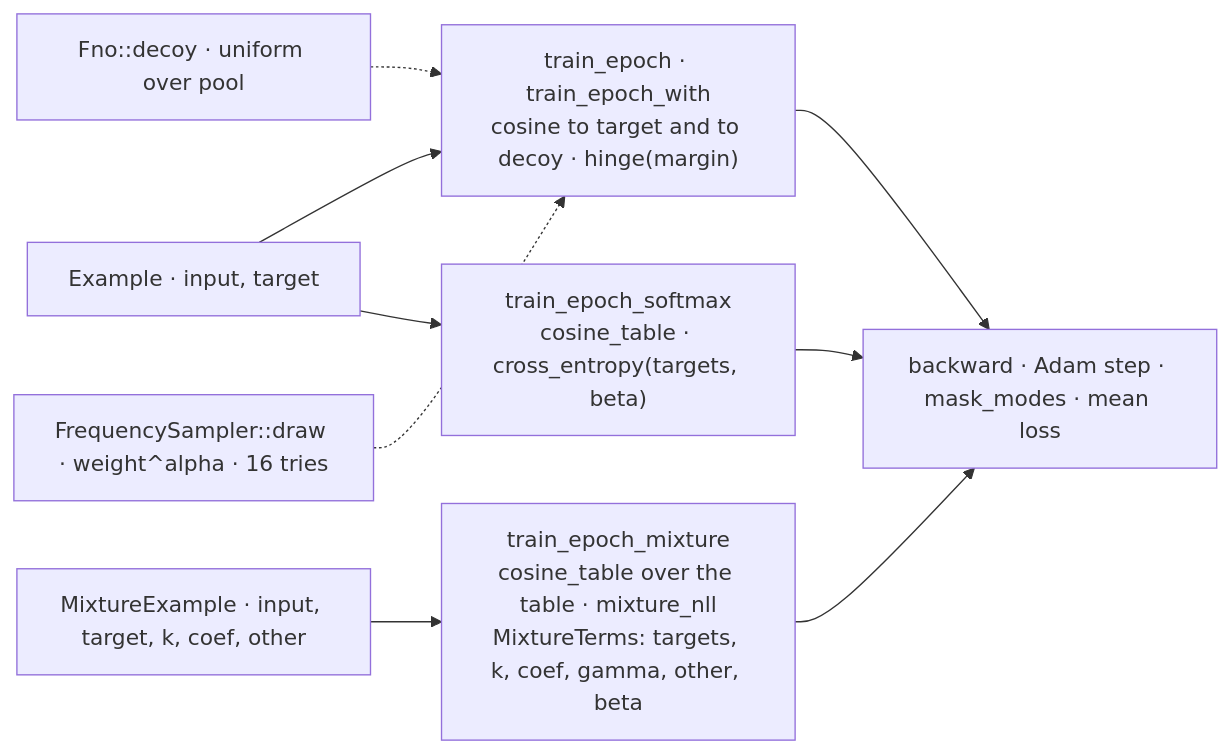
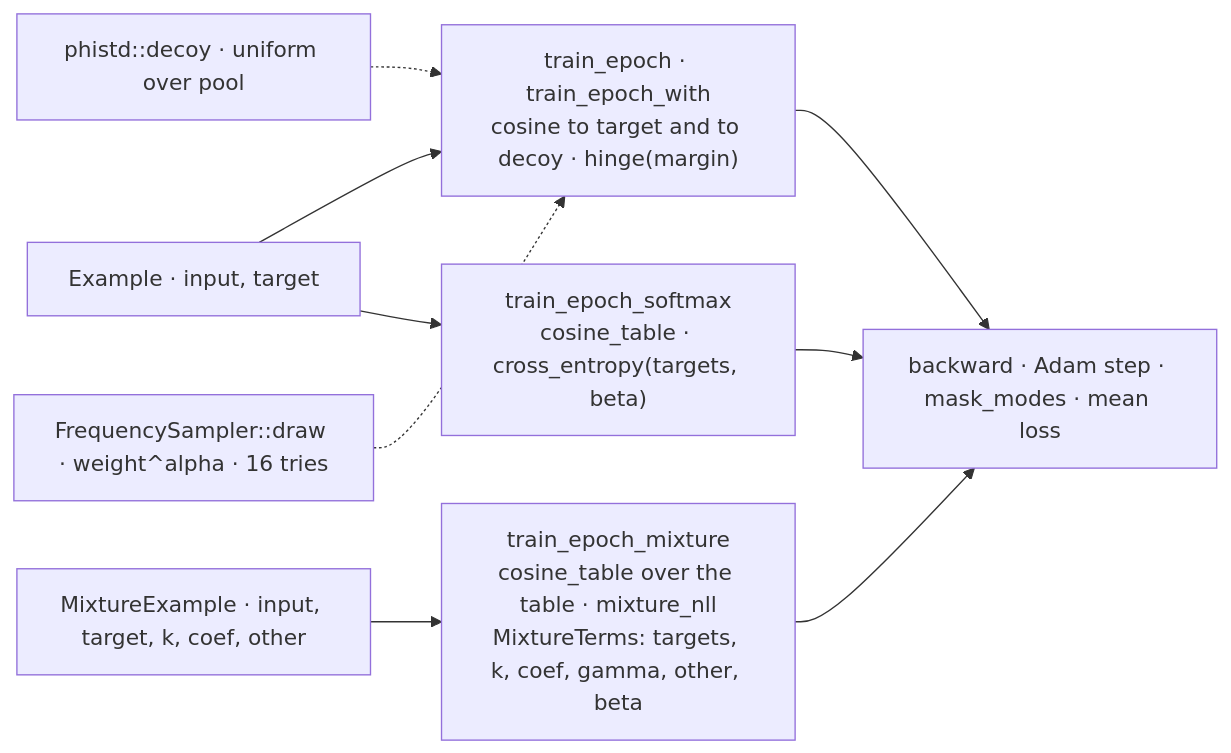
The fifth of 10 diagrams in docs/phifno/operator.md (gemphi/phinet), drawn with Mermaid before and after one commit. The commit also changed other lines of this file and 105 other files, not shown here.

````diff
--- a/docs/phifno/operator.md
+++ b/docs/phifno/operator.md
@@ -85,11 +85,11 @@
 ```mermaid
 flowchart LR
     EX["Example · input, target"] --> H & SM
     MEX["MixtureExample · input, target, k, coef, other"] --> MX
     H["train_epoch · train_epoch_with<br/>cosine to target and to decoy · hinge(margin)"]
     MX["train_epoch_mixture<br/>cosine_table over the table · mixture_nll<br/>MixtureTerms: targets, k, coef, gamma, other, beta"]
     SM["train_epoch_softmax<br/>cosine_table · cross_entropy(targets, beta)"]
-    D1["Fno::decoy · uniform over pool"] -.-> H
+    D1["phistd::decoy · uniform over pool"] -.-> H
     D2["FrequencySampler::draw · weight^alpha · 16 tries"] -.-> H
     H & MX & SM --> ST["backward · Adam step · mask_modes · mean loss"]
 ```
````
